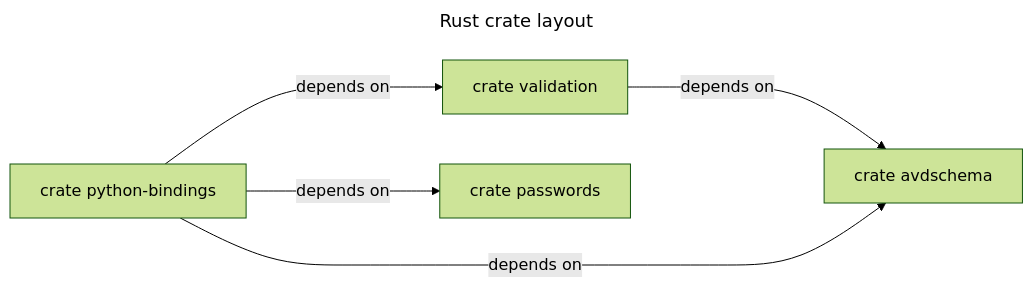
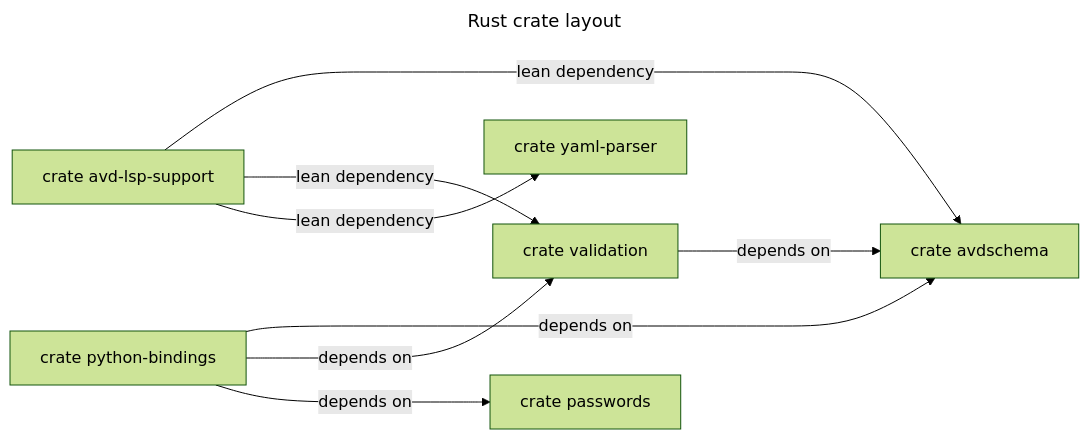
Before and after one commit to ClausHolbechArista/pyavd-utils: the diagram in rust/README.md, drawn with Mermaid (forest theme). The commit also changed other lines of this file and 5 other files, not shown here.

Commit message:
Refactor(rust): add AVD LSP support boundary

````diff
--- a/rust/README.md
+++ b/rust/README.md
@@ -7,14 +7,19 @@
 ```mermaid
 ---
 title: Rust crate layout
 ---
 graph LR
 validation["crate validation"]
 avdschema["crate avdschema"]
 validation --->|depends on| avdschema
+avd_lsp_support["crate avd-lsp-support"]
+avd_lsp_support --->|lean dependency| avdschema
+avd_lsp_support --->|lean dependency| validation
+avd_lsp_support --->|lean dependency| yaml_parser
+yaml_parser["crate yaml-parser"]
 passwords["crate passwords"]
 python_bindings["crate python-bindings"]
 python_bindings --->|depends on| avdschema
 python_bindings --->|depends on| validation
 python_bindings --->|depends on| passwords
 ```
````
